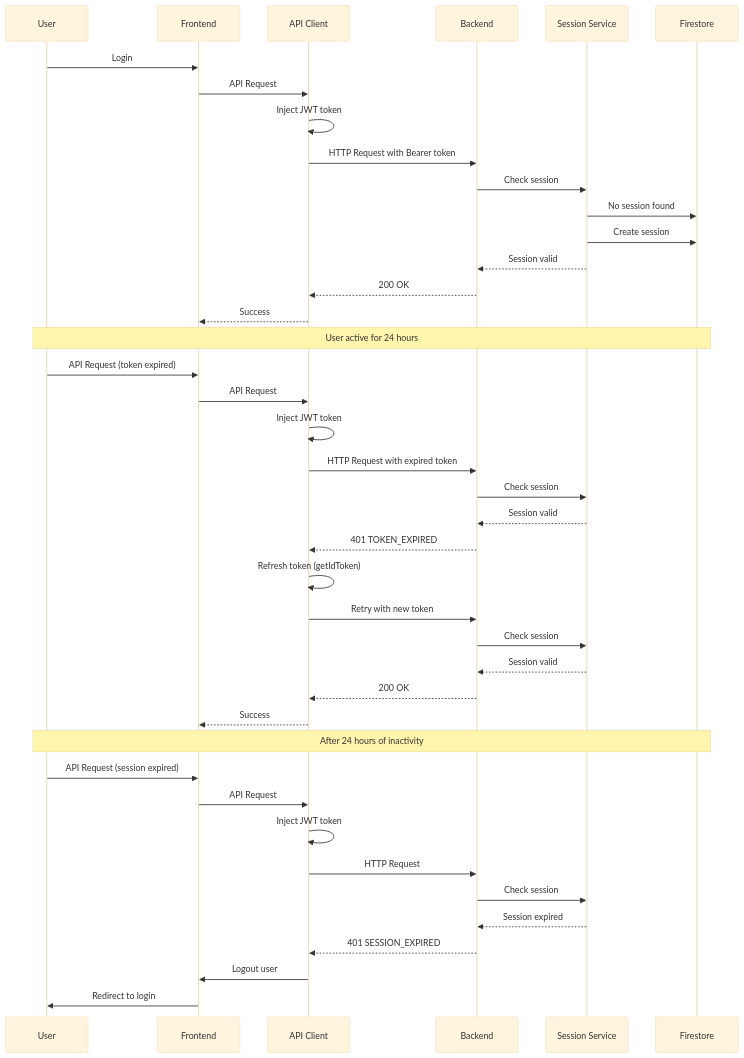
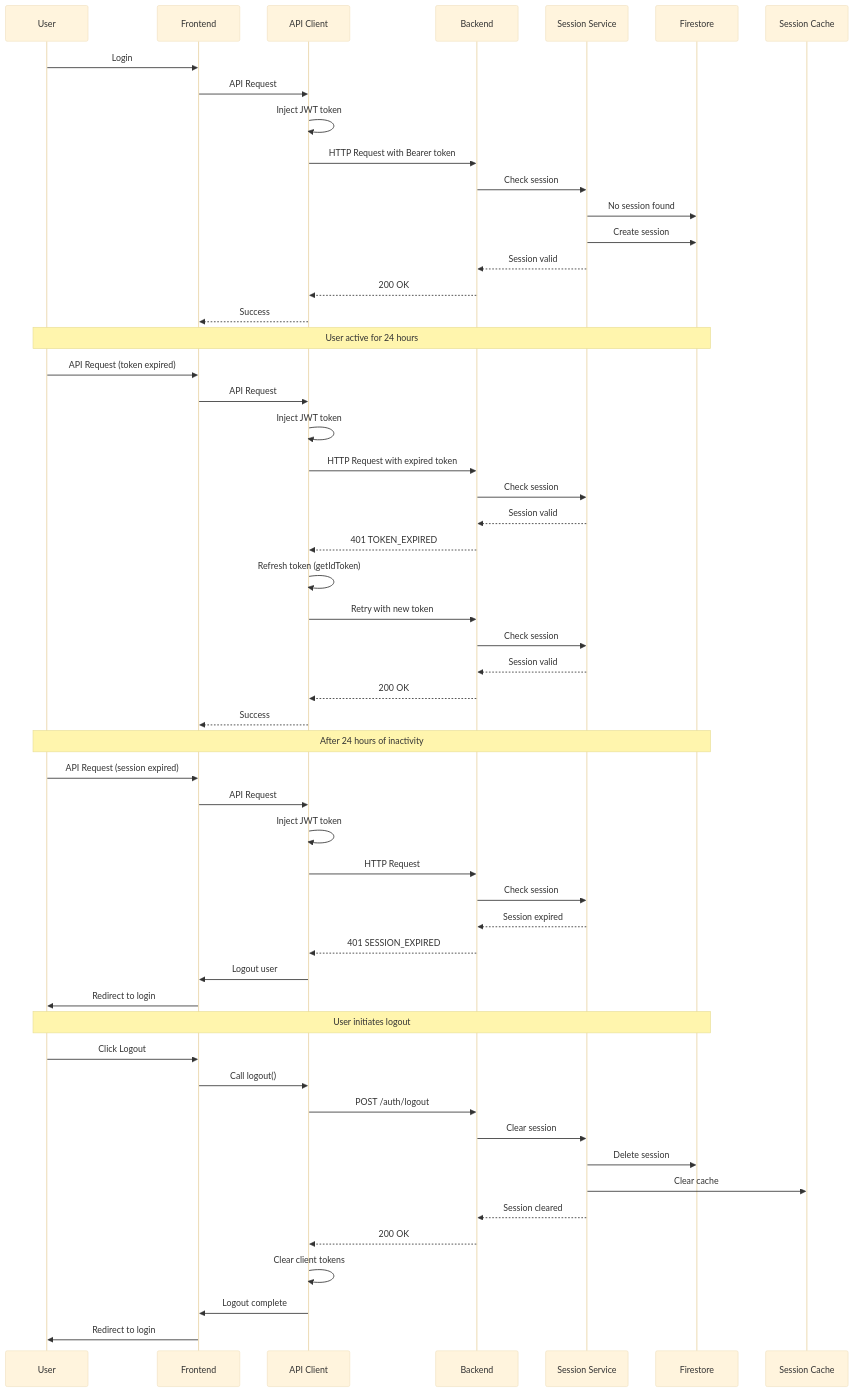
Before and after one commit to HOBT0R/rapidraptor.auth: the second of 4 diagrams in solution-design-session-management.md, drawn with Mermaid (base theme). The commit also changed other lines of this file and 32 other files, not shown here.

````diff
--- a/solution-design-session-management.md
+++ b/solution-design-session-management.md
@@ -223,48 +238,62 @@
 ```mermaid
 sequenceDiagram
     participant User
     participant Frontend
     participant API Client
     participant Backend
     participant Session Service
     participant Firestore
     
     User->>Frontend: Login
     Frontend->>API Client: API Request
     API Client->>API Client: Inject JWT token
     API Client->>Backend: HTTP Request with Bearer token
     Backend->>Session Service: Check session
     Session Service->>Firestore: No session found
     Session Service->>Firestore: Create session
     Session Service-->>Backend: Session valid
     Backend-->>API Client: 200 OK
     API Client-->>Frontend: Success
     
     Note over User,Firestore: User active for 24 hours
     
     User->>Frontend: API Request (token expired)
     Frontend->>API Client: API Request
     API Client->>API Client: Inject JWT token
     API Client->>Backend: HTTP Request with expired token
     Backend->>Session Service: Check session
     Session Service-->>Backend: Session valid
     Backend-->>API Client: 401 TOKEN_EXPIRED
     API Client->>API Client: Refresh token (getIdToken)
     API Client->>Backend: Retry with new token
     Backend->>Session Service: Check session
     Session Service-->>Backend: Session valid
     Backend-->>API Client: 200 OK
     API Client-->>Frontend: Success
     
     Note over User,Firestore: After 24 hours of inactivity
     
     User->>Frontend: API Request (session expired)
     Frontend->>API Client: API Request
     API Client->>API Client: Inject JWT token
     API Client->>Backend: HTTP Request
     Backend->>Session Service: Check session
     Session Service-->>Backend: Session expired
     Backend-->>API Client: 401 SESSION_EXPIRED
     API Client->>Frontend: Logout user
     Frontend->>User: Redirect to login
+    
+    Note over User,Firestore: User initiates logout
+    
+    User->>Frontend: Click Logout
+    Frontend->>API Client: Call logout()
+    API Client->>Backend: POST /auth/logout
+    Backend->>Session Service: Clear session
+    Session Service->>Firestore: Delete session
+    Session Service->>Session Cache: Clear cache
+    Session Service-->>Backend: Session cleared
+    Backend-->>API Client: 200 OK
+    API Client->>API Client: Clear client tokens
+    API Client->>Frontend: Logout complete
+    Frontend->>User: Redirect to login
 ```
````
